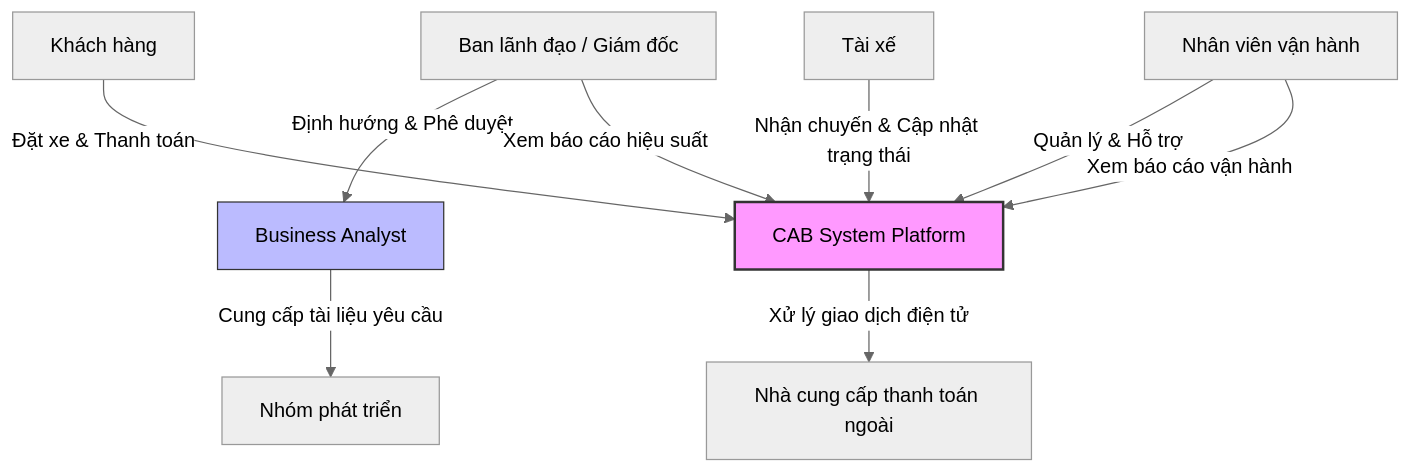
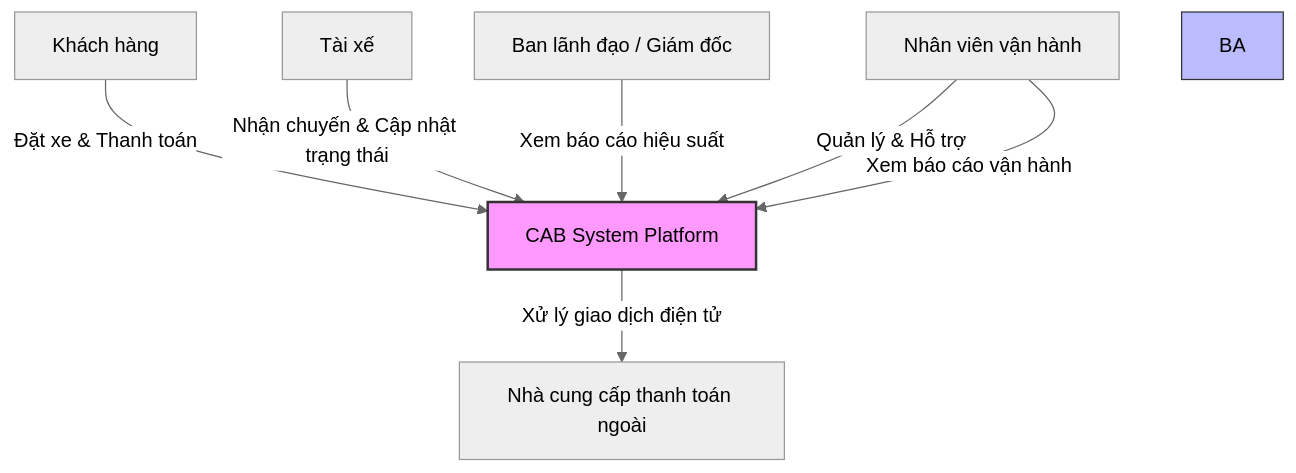
The first of 2 diagrams in srs.md (BaMin-ui/23677001_DangThePhuc_CABSYSTEM), drawn with Mermaid (neutral theme) before and after one commit.

````diff
--- a/srs.md
+++ b/srs.md
@@ -51,19 +51,19 @@
 ```mermaid
 graph TD
     %% Định nghĩa các node Stakeholder
-    BLD[Ban lãnh đạo / Giám đốc] -->|Định hướng & Phê duyệt| BA[Business Analyst]
-    BA -->|Cung cấp tài liệu yêu cầu| DEV[Nhóm phát triển]
+    BLD[Ban lãnh đạo / Giám đốc] 
+   
     
     KH[Khách hàng] -->|Đặt xe & Thanh toán| CAB[CAB System Platform]
     TX[Tài xế] -->|Nhận chuyến & Cập nhật trạng thái| CAB
     NVV[Nhân viên vận hành] -->|Quản lý & Hỗ trợ| CAB
     
     CAB -->|Xử lý giao dịch điện tử| TT[Nhà cung cấp thanh toán ngoài]
     
     BLD -->|Xem báo cáo hiệu suất| CAB
     NVV -->|Xem báo cáo vận hành| CAB
 
     style CAB fill:#f9f,stroke:#333,stroke-width:2px
     style BA fill:#bbf,stroke:#333,stroke-width:1px
 
 ```
````
